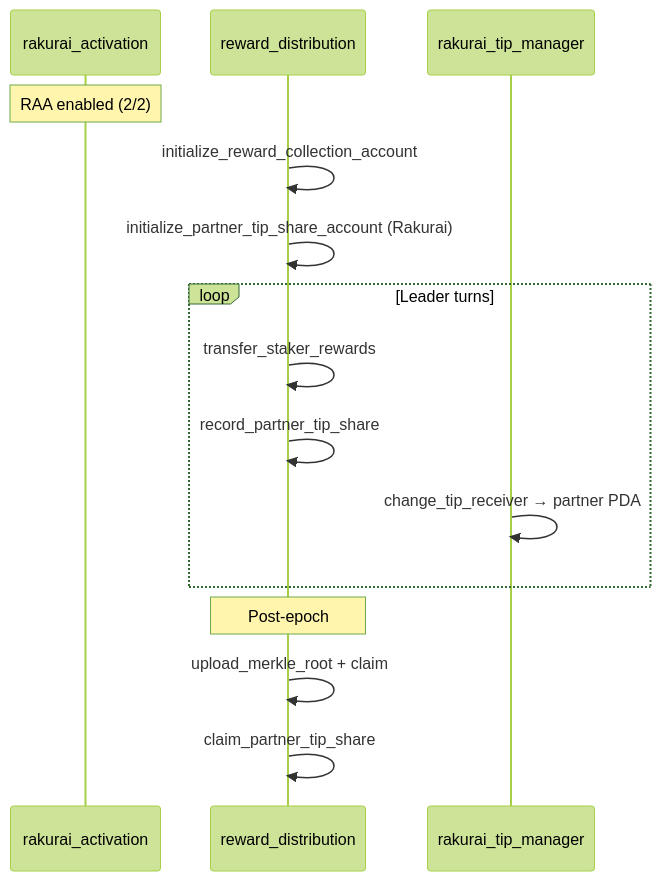
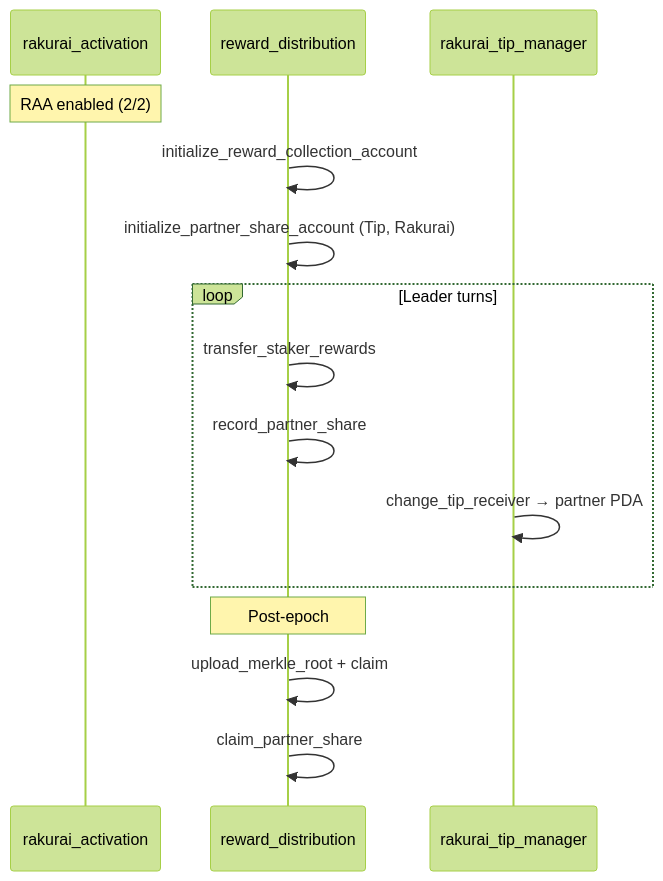
The fourth of 4 diagrams in diagram/program-flow-diagrams.md (rakurai-io/rakurai_programs), drawn with Mermaid (forest theme) before and after one commit. The commit also changed other lines of this file and 9 other files, not shown here.

````diff
--- a/diagram/program-flow-diagrams.md
+++ b/diagram/program-flow-diagrams.md
@@ -155,18 +157,18 @@
 ```mermaid
 sequenceDiagram
     participant Act as rakurai_activation
     participant RD as reward_distribution
     participant TM as rakurai_tip_manager
 
     Note over Act: RAA enabled (2/2)
     RD->>RD: initialize_reward_collection_account
-    RD->>RD: initialize_partner_tip_share_account (Rakurai)
+    RD->>RD: initialize_partner_share_account (Tip, Rakurai)
     loop Leader turns
         RD->>RD: transfer_staker_rewards
-        RD->>RD: record_partner_tip_share
+        RD->>RD: record_partner_share
         TM->>TM: change_tip_receiver → partner PDA
     end
     Note over RD: Post-epoch
     RD->>RD: upload_merkle_root + claim
-    RD->>RD: claim_partner_tip_share
+    RD->>RD: claim_partner_share
 ```
````
